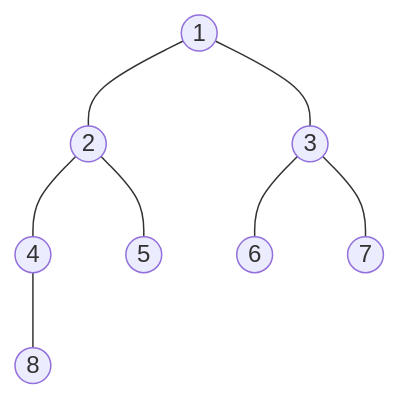
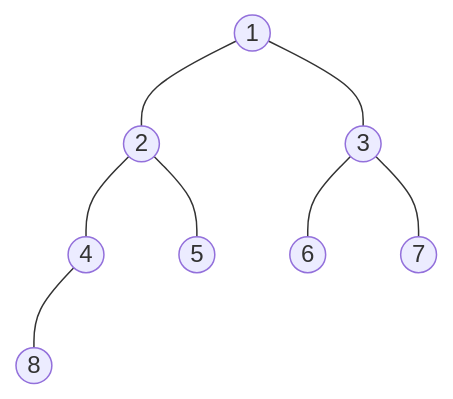
Diagram 13 of 29 in algorithm/document/tree/binary_tree.md (Leoliu83/chapter2), drawn with Mermaid before and after one commit. The commit also changed other lines of this file and 41 other files, not shown here.

````diff
--- a/algorithm/document/tree/binary_tree.md
+++ b/algorithm/document/tree/binary_tree.md
@@ -249,18 +308,23 @@
 ```mermaid
 graph TB
 A((1))
 B((2))
 C((3))
 D((4))
 E((5))
 F((6))
 G((7))
 I((8))
 A---B
 A---C
 B---D
 B---E
 C---F
 C---G
 D---I
+D---empty1(( ))
+%%修改第3条线样式为透明%%
+linkStyle 7 stroke:transparent
+%%修改第empty1结点样式为透明%%
+style empty1 stroke:transparent,fill:transparent
 ```
````
